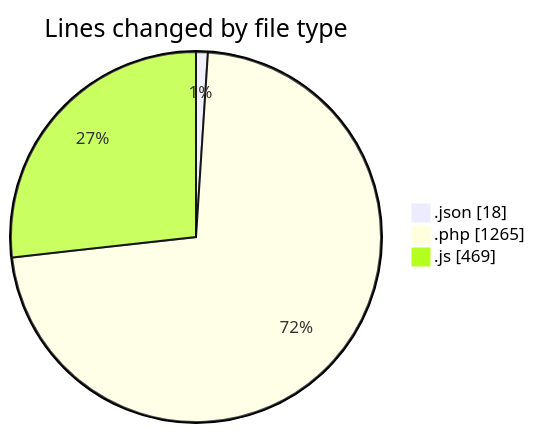
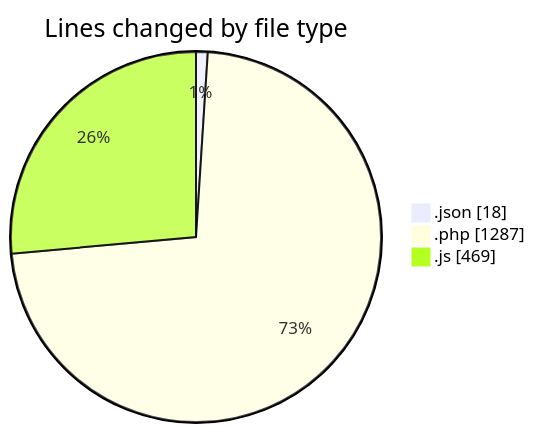
Before and after one commit to debugP/code-tracking: the first of 2 diagrams in 2025-09-26/untitled__workspace_/README.md, drawn with Mermaid. The commit also changed other lines of this file and 1 other file, not shown here.

````diff
--- a/2025-09-26/untitled__workspace_/README.md
+++ b/2025-09-26/untitled__workspace_/README.md
@@ -24,7 +24,7 @@
 ```mermaid
 pie showData
 title Lines changed by file type
 ".json" : 18
-".php" : 1265
+".php" : 1287
 ".js" : 469
 ```
````
